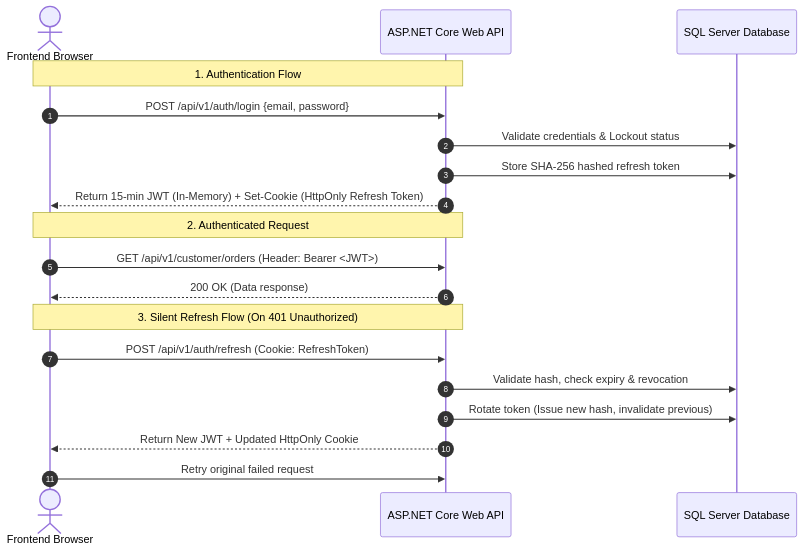
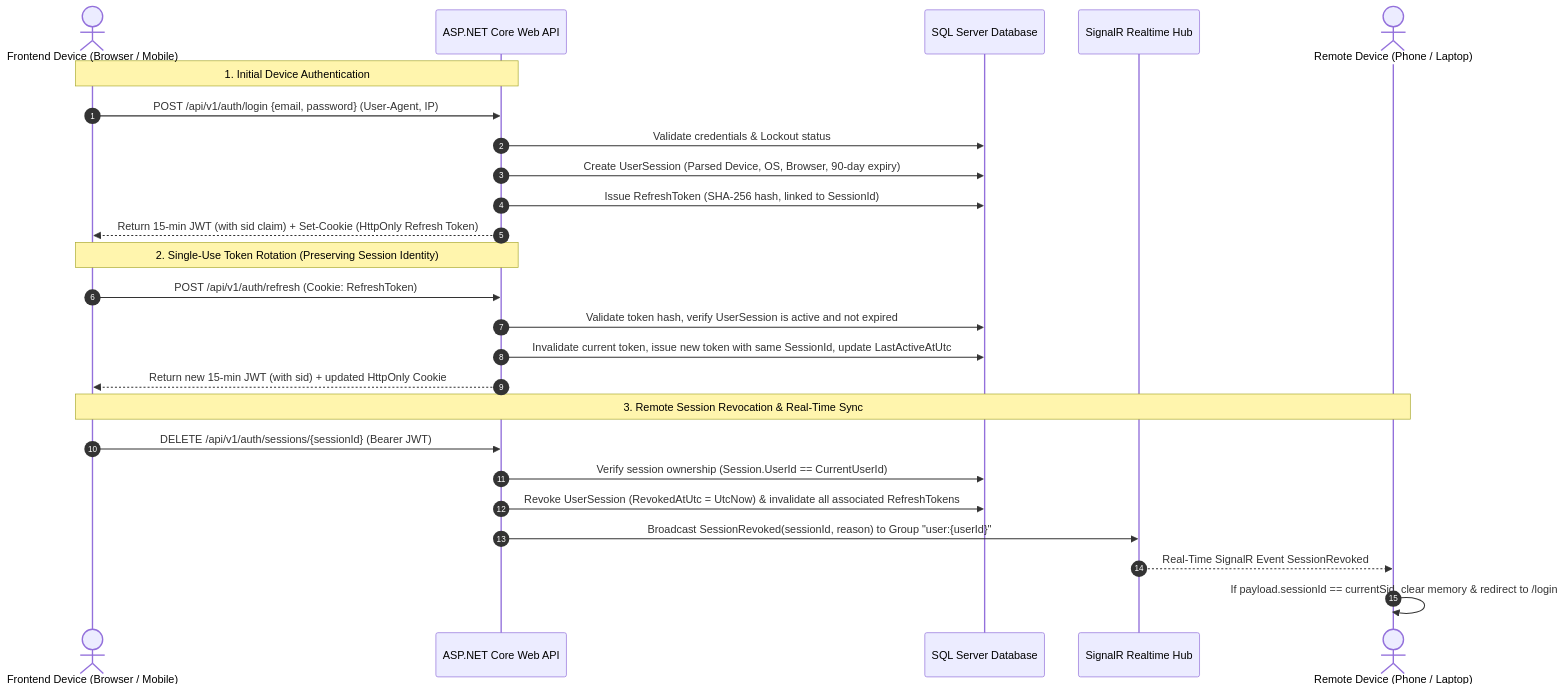
One commit to RahulBhola/Shakti-Udyog changed the second of 3 diagrams in docs/03-security-and-access-document.md. Above: the diagram before and after it, drawn with Mermaid. The commit also changed other lines of this file and 25 other files, not shown here.

Commit message:
feat: implement multi-device persistent session management and remote revocation

````diff
--- a/docs/03-security-and-access-document.md
+++ b/docs/03-security-and-access-document.md
@@ -55,24 +57,30 @@
 ```mermaid
 sequenceDiagram
     autonumber
-    actor Client as Frontend Browser
+    actor Client as Frontend Device (Browser / Mobile)
     participant API as ASP.NET Core Web API
     participant DB as SQL Server Database
+    participant SignalR as SignalR Realtime Hub
+    actor OtherClient as Remote Device (Phone / Laptop)
 
-    Note over Client,API: 1. Authentication Flow
-    Client->>API: POST /api/v1/auth/login {email, password}
+    Note over Client,API: 1. Initial Device Authentication
+    Client->>API: POST /api/v1/auth/login {email, password} (User-Agent, IP)
     API->>DB: Validate credentials & Lockout status
-    API->>DB: Store SHA-256 hashed refresh token
-    API-->>Client: Return 15-min JWT (In-Memory) + Set-Cookie (HttpOnly Refresh Token)
+    API->>DB: Create UserSession (Parsed Device, OS, Browser, 90-day expiry)
+    API->>DB: Issue RefreshToken (SHA-256 hash, linked to SessionId)
+    API-->>Client: Return 15-min JWT (with sid claim) + Set-Cookie (HttpOnly Refresh Token)
 
-    Note over Client,API: 2. Authenticated Request
-    Client->>API: GET /api/v1/customer/orders (Header: Bearer <JWT>)
-    API-->>Client: 200 OK (Data response)
+    Note over Client,API: 2. Single-Use Token Rotation (Preserving Session Identity)
+    Client->>API: POST /api/v1/auth/refresh (Cookie: RefreshToken)
+    API->>DB: Validate token hash, verify UserSession is active and not expired
+    API->>DB: Invalidate current token, issue new token with same SessionId, update LastActiveAtUtc
+    API-->>Client: Return new 15-min JWT (with sid) + updated HttpOnly Cookie
 
-    Note over Client,API: 3. Silent Refresh Flow (On 401 Unauthorized)
-    Client->>API: POST /api/v1/auth/refresh (Cookie: RefreshToken)
-    API->>DB: Validate hash, check expiry & revocation
-    API->>DB: Rotate token (Issue new hash, invalidate previous)
-    API-->>Client: Return New JWT + Updated HttpOnly Cookie
-    Client->>API: Retry original failed request
+    Note over Client,OtherClient: 3. Remote Session Revocation & Real-Time Sync
+    Client->>API: DELETE /api/v1/auth/sessions/{sessionId} (Bearer JWT)
+    API->>DB: Verify session ownership (Session.UserId == CurrentUserId)
+    API->>DB: Revoke UserSession (RevokedAtUtc = UtcNow) & invalidate all associated RefreshTokens
+    API->>SignalR: Broadcast SessionRevoked(sessionId, reason) to Group "user:{userId}"
+    SignalR-->>OtherClient: Real-Time SignalR Event SessionRevoked
+    OtherClient->>OtherClient: If payload.sessionId == currentSid, clear memory & redirect to /login
 ```
````
